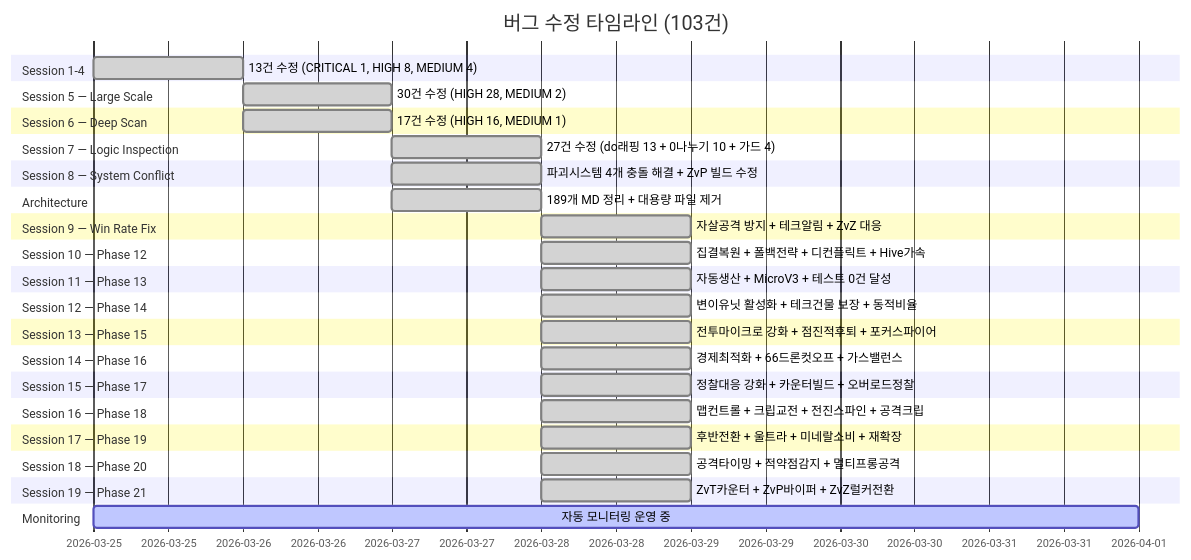
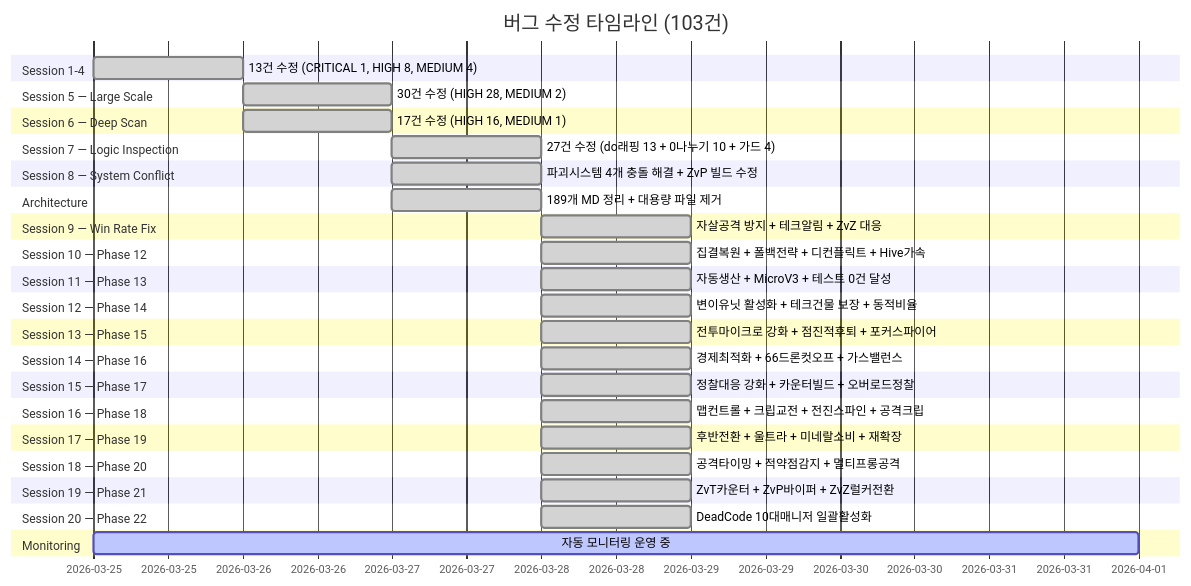
Before and after one commit to sun475300-sudo/Swarm-control-in-sc2bot: diagram 23 of 31 in README.md, drawn with Mermaid. The commit also changed other lines of this file and 1 other file, not shown here.

First line of the commit message:
feat: Phase 22 Dead Code 일괄 활성화 — 10대 핵심 매니저 import/init

````diff
--- a/README.md
+++ b/README.md
@@ -633,41 +633,43 @@
 ```mermaid
 gantt
     title 버그 수정 타임라인 (103건)
     dateFormat YYYY-MM-DD
     section Session 1-4
         13건 수정 (CRITICAL 1, HIGH 8, MEDIUM 4)   :done, s1, 2026-03-25, 1d
     section Session 5 — Large Scale
         30건 수정 (HIGH 28, MEDIUM 2)              :done, s5, 2026-03-26, 1d
     section Session 6 — Deep Scan
         17건 수정 (HIGH 16, MEDIUM 1)              :done, s6, 2026-03-26, 1d
     section Session 7 — Logic Inspection
         27건 수정 (do래핑 13 + 0나누기 10 + 가드 4) :done, s7, 2026-03-27, 1d
     section Session 8 — System Conflict
         파괴시스템 4개 충돌 해결 + ZvP 빌드 수정    :done, s8, 2026-03-27, 1d
     section Architecture
         189개 MD 정리 + 대용량 파일 제거            :done, s9, 2026-03-27, 1d
     section Session 9 — Win Rate Fix
         자살공격 방지 + 테크알림 + ZvZ 대응         :done, s10, 2026-03-28, 1d
     section Session 10 — Phase 12
         집결복원 + 폴백전략 + 디컨플릭트 + Hive가속 :done, s11, 2026-03-28, 1d
     section Session 11 — Phase 13
         자동생산 + MicroV3 + 테스트 0건 달성       :done, s12, 2026-03-28, 1d
     section Session 12 — Phase 14
         변이유닛 활성화 + 테크건물 보장 + 동적비율  :done, s13, 2026-03-28, 1d
     section Session 13 — Phase 15
         전투마이크로 강화 + 점진적후퇴 + 포커스파이어 :done, s14, 2026-03-28, 1d
     section Session 14 — Phase 16
         경제최적화 + 66드론컷오프 + 가스밸런스     :done, s15, 2026-03-28, 1d
     section Session 15 — Phase 17
         정찰대응 강화 + 카운터빌드 + 오버로드정찰   :done, s16, 2026-03-28, 1d
     section Session 16 — Phase 18
         맵컨트롤 + 크립교전 + 전진스파인 + 공격크립 :done, s17, 2026-03-28, 1d
     section Session 17 — Phase 19
         후반전환 + 울트라 + 미네랄소비 + 재확장    :done, s18, 2026-03-28, 1d
     section Session 18 — Phase 20
         공격타이밍 + 적약점감지 + 멀티프롱공격     :done, s19, 2026-03-28, 1d
     section Session 19 — Phase 21
         ZvT카운터 + ZvP바이퍼 + ZvZ럴커전환      :done, s20, 2026-03-28, 1d
+    section Session 20 — Phase 22
+        DeadCode 10대매니저 일괄활성화            :done, s21, 2026-03-28, 1d
     section Monitoring
         자동 모니터링 운영 중                        :active, mon, 2026-03-25, 7d
 ```
````
